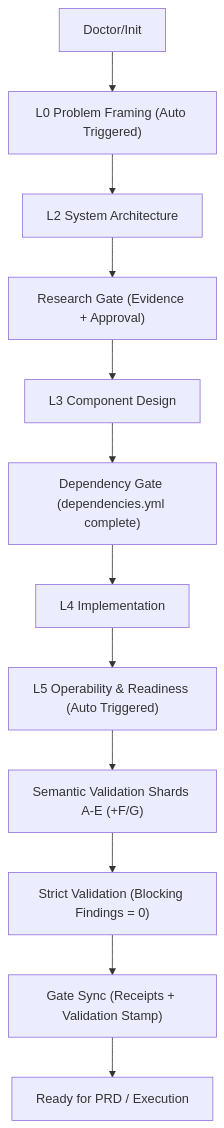
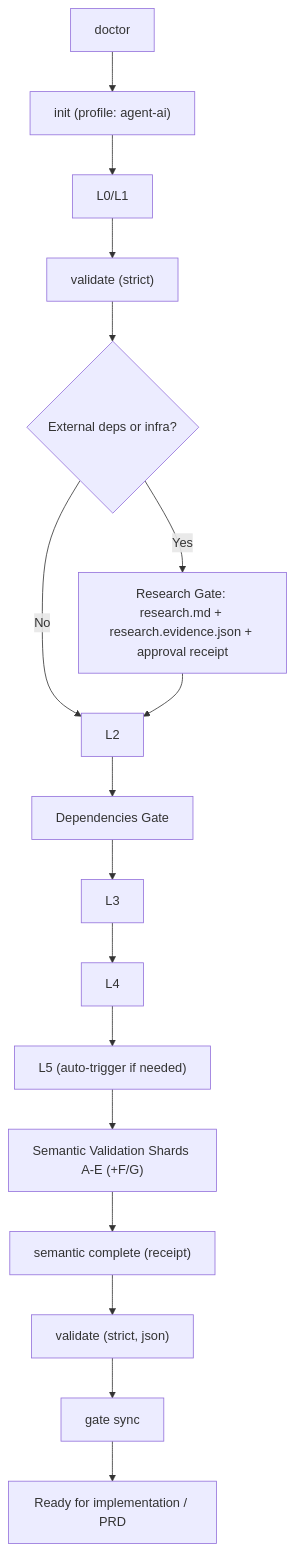
Before and after one commit to Gytisw/layered-architect: the diagram in README.md, drawn with Mermaid. The commit also changed other lines of this file and 15 other files, not shown here.

````diff
--- a/README.md
+++ b/README.md
@@ -31,14 +27,19 @@
 ```mermaid
 flowchart TD
-  A["Doctor/Init"] --> B["L0 Problem Framing (Auto Triggered)"]
-  B --> C["L2 System Architecture"]
-  C --> R["Research Gate (Evidence + Approval)"]
-  R --> D["L3 Component Design"]
-  D --> X["Dependency Gate (dependencies.yml complete)"]
-  X --> E["L4 Implementation"]
-  E --> F["L5 Operability & Readiness (Auto Triggered)"]
-  F --> S["Semantic Validation Shards A-E (+F/G)"]
-  S --> V["Strict Validation (Blocking Findings = 0)"]
-  V --> G["Gate Sync (Receipts + Validation Stamp)"]
-  G --> H["Ready for PRD / Execution"]
+  A["doctor"] --> B["init (profile: agent-ai)"]
+  B --> C["L0/L1"]
+  C --> D["validate (strict)"]
+  D --> E{"External deps or infra?"}
+  E -->|Yes| F["Research Gate: research.md + research.evidence.json + approval receipt"]
+  E -->|No| G["L2"]
+  F --> G
+  G --> H["Dependencies Gate"]
+  H --> I["L3"]
+  I --> J["L4"]
+  J --> K["L5 (auto-trigger if needed)"]
+  K --> L["Semantic Validation Shards A-E (+F/G)"]
+  L --> M["semantic complete (receipt)"]
+  M --> N["validate (strict, json)"]
+  N --> O["gate sync"]
+  O --> P["Ready for implementation / PRD"]
 ```
````
